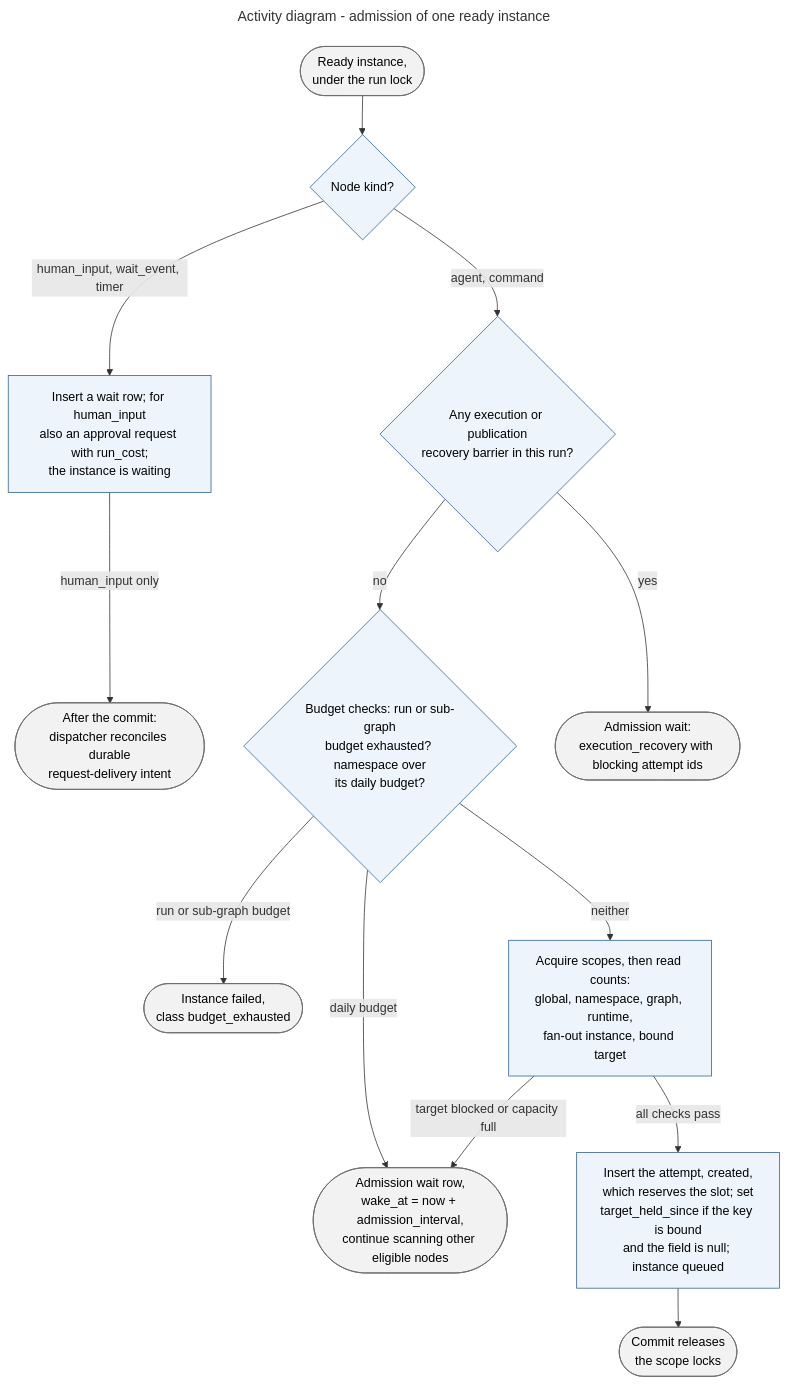
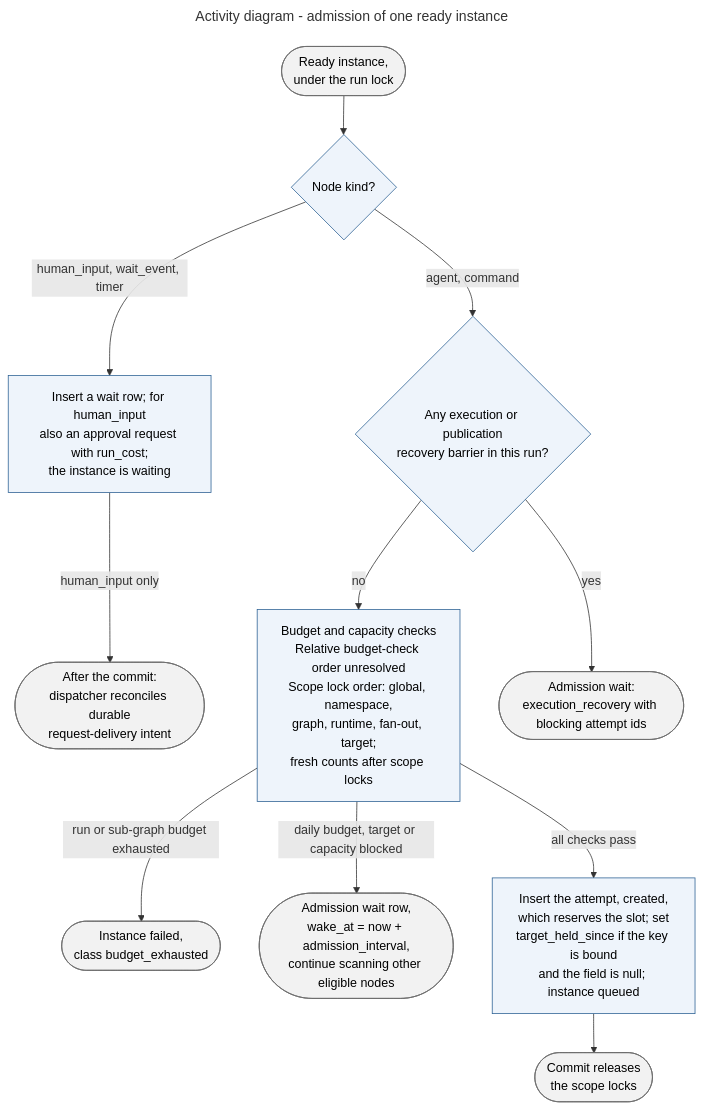
One commit to klukashka/kora changed diagram 21 of 24 in knowledge/architecture/internals.md. Above: the diagram before and after it, drawn with Mermaid. The commit also changed other lines of this file, not shown here.

````diff
--- a/knowledge/architecture/internals.md
+++ b/knowledge/architecture/internals.md
@@ -1228,36 +1226,33 @@
 ```mermaid
 ---
 title: Activity diagram - admission of one ready instance
 ---
 flowchart TB
   accTitle: Admission of one ready instance
-  accDescr: Admission takes a ready instance under the run lock. A waiting kind gets a wait row, a human_input node also gets an approval request with the run's cost, and its channel is asked after the commit. An agent or command instance waits with execution_recovery while any old attempt in the run has unresolved execution/publication. Otherwise it fails with budget_exhausted when its run or sub-graph budget is exhausted and gets an admission wait while its namespace is over its daily budget. Otherwise six scopes are locked and counted in a fixed order: global, namespace, graph, runtime, fan-out instance and target. Target/recovery blockers take priority over generic concurrency reasons. A blocked candidate gets an admission wait and the scan continues to later eligible instances in stable node ID order; the first wait behind a target holder writes run.target_deferred. When every scope has room, the attempt is inserted created, which reserves attempt capacity and one distinct-run slot if it is the first physical attempt, the target hold is set when the key is bound, and the instance becomes queued. The commit releases the scope locks.
+  accDescr: Admission takes a ready instance under the run lock. Waiting kinds create durable waits; human_input also saves approval delivery intent. Physical work waits behind unresolved execution/publication recovery. Budget and capacity predicates are grouped here because their relative evaluation order remains open. Scope locks retain the fixed global, namespace, graph, runtime, fan-out and target order. Exhausted run/sub-graph budgets fail; daily budget, target or capacity blockage waits. Only when all checks pass does insertion reserve physical capacity and acquire any target hold. Blocked candidates do not stop scanning other eligible work.
   classDef step fill:#EEF4FB,stroke:#2E6295,color:#000000
   classDef stop fill:#F2F2F2,stroke:#6B6B6B,color:#000000
 
   start(["Ready instance,<br/>under the run lock"]):::stop
   kind{"Node kind?"}:::step
   waitrow["Insert a wait row; for human_input<br/>also an approval request with run_cost;<br/>the instance is waiting"]:::step
   ask(["After the commit:<br/>dispatcher reconciles durable<br/>request-delivery intent"]):::stop
-  budgets{"Budget checks: run or sub-graph<br/>budget exhausted? namespace over<br/>its daily budget?"}:::step
   fail(["Instance failed,<br/>class budget_exhausted"]):::stop
-  scopes["Acquire scopes, then read counts:<br/>global, namespace, graph, runtime,<br/>fan-out instance, bound target"]:::step
+  checks["Budget and capacity checks<br/>Relative budget-check order unresolved<br/>Scope lock order: global, namespace,<br/>graph, runtime, fan-out, target;<br/>fresh counts after scope locks"]:::step
   admwait(["Admission wait row,<br/>wake_at = now + admission_interval,<br/>continue scanning other eligible nodes"]):::stop
   insert["Insert the attempt, created,<br/>which reserves the slot; set<br/>target_held_since if the key is bound<br/>and the field is null; instance queued"]:::step
   commit(["Commit releases<br/>the scope locks"]):::stop
 
   start --> kind
   kind -->|"human_input, wait_event, timer"| waitrow
   waitrow -->|"human_input only"| ask
   recovery{"Any execution or publication<br/>recovery barrier in this run?"}:::step
   recoverywait(["Admission wait:<br/>execution_recovery with blocking attempt ids"]):::stop
   kind -->|"agent, command"| recovery
   recovery -->|"yes"| recoverywait
-  recovery -->|"no"| budgets
-  budgets -->|"run or sub-graph budget"| fail
-  budgets -->|"daily budget"| admwait
-  budgets -->|"neither"| scopes
-  scopes -->|"target blocked or capacity full"| admwait
-  scopes -->|"all checks pass"| insert
+  recovery -->|"no"| checks
+  checks -->|"run or sub-graph budget exhausted"| fail
+  checks -->|"daily budget, target or capacity blocked"| admwait
+  checks -->|"all checks pass"| insert
   insert --> commit
 ```
````
